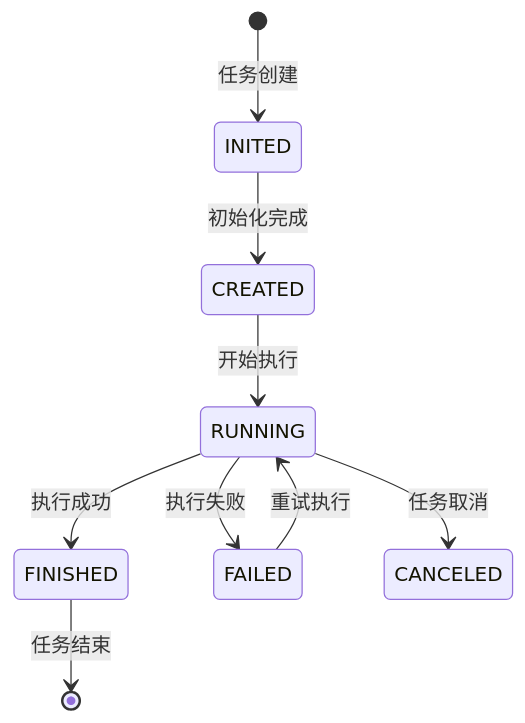
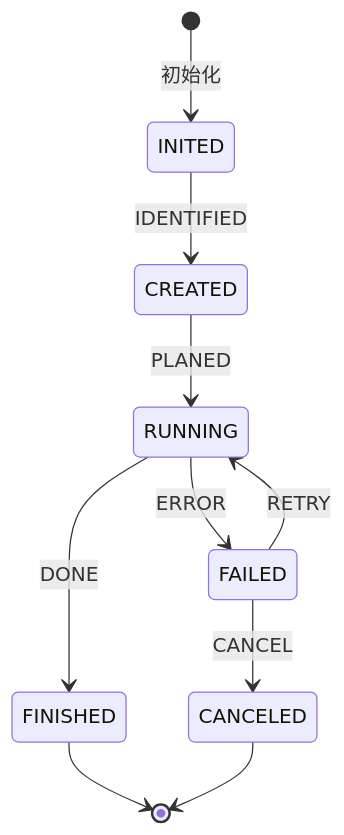
One commit to Koko12137/tasking-community changed the first of 3 diagrams in README.md. Above: the diagram before and after it, drawn with Mermaid. The commit also changed other lines of this file, not shown here.

````diff
--- a/README.md
+++ b/README.md
@@ -91,11 +91,12 @@
 ```mermaid
 stateDiagram-v2
-    [*] --> INITED: 任务创建
-    INITED --> CREATED: 初始化完成
-    CREATED --> RUNNING: 开始执行
-    RUNNING --> FINISHED: 执行成功
-    RUNNING --> FAILED: 执行失败
-    RUNNING --> CANCELED: 任务取消
-    FAILED --> RUNNING: 重试执行
-    FINISHED --> [*]: 任务结束
+    [*] --> INITED: 初始化
+    INITED --> CREATED: IDENTIFIED
+    CREATED --> RUNNING: PLANED
+    RUNNING --> FINISHED: DONE
+    RUNNING --> FAILED: ERROR
+    FAILED --> RUNNING: RETRY
+    FAILED --> CANCELED: CANCEL
+    FINISHED --> [*]
+    CANCELED --> [*]
 ```
````
